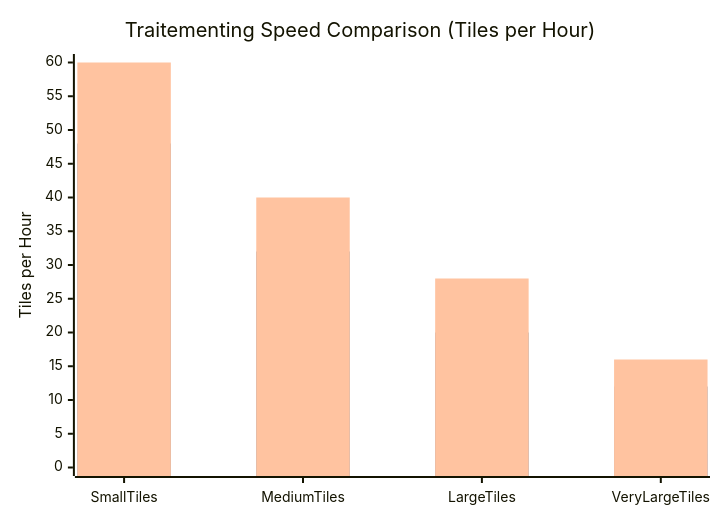
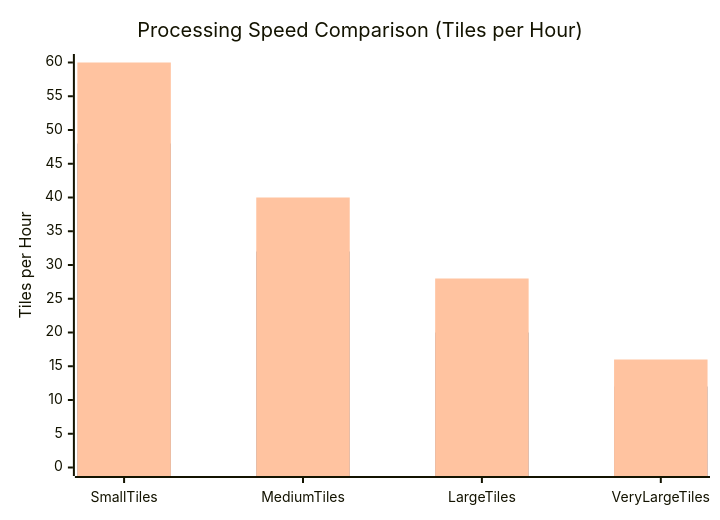
The second of 3 diagrams in website/i18n/fr/docusaurus-plugin-content-docs/current/gpu/overview.md (sducournau/IGN_LIDAR_HD_DATASET), drawn with Mermaid before and after one commit. The commit also changed other lines of this file and 145 other files, not shown here.

````diff
--- a/website/i18n/fr/docusaurus-plugin-content-docs/current/gpu/overview.md
+++ b/website/i18n/fr/docusaurus-plugin-content-docs/current/gpu/overview.md
@@ -315,9 +323,9 @@
 ```mermaid
 xychart-beta
-    title "Traitementing Speed Comparison (Tiles per Hour)"
+    title "Processing Speed Comparison (Tiles per Hour)"
     x-axis [Small Tiles, Medium Tiles, Large Tiles, Very Large Tiles]
     y-axis "Tiles per Hour" 0 --> 60
     bar "CPU (8 cores)" [12, 8, 4, 2]
     bar "GPU (RTX 3080)" [48, 32, 20, 12]
     bar "GPU (RTX 4090)" [60, 40, 28, 16]
 ```
````
